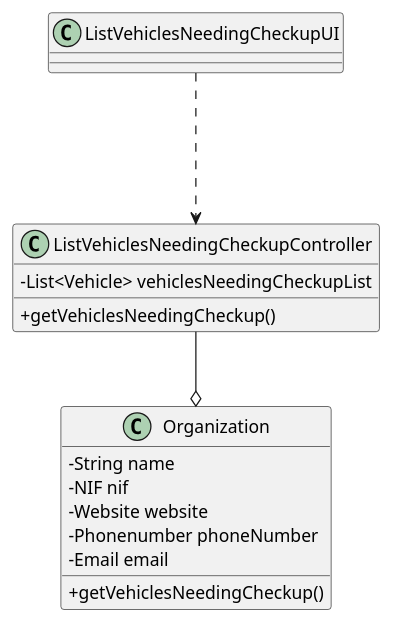
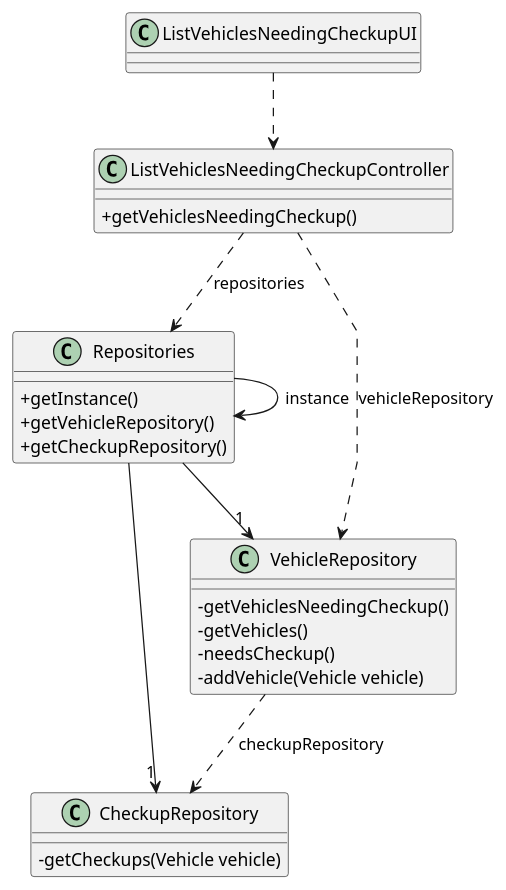
The diagram in docs/sprintB/us008/03.design/puml/us008-class-diagram.puml (Rui-San/LAPR2_2023_2024), drawn with PlantUML before and after one commit. The commit also changed 3 other files, not shown here.

Commit message:
US08: added class diagram and added svg files for SD and CD

```diff
--- a/docs/sprintB/us008/03.design/puml/us008-class-diagram.puml
+++ b/docs/sprintB/us008/03.design/puml/us008-class-diagram.puml
@@ -1,32 +1,46 @@
 @startuml
 'skinparam monochrome true
 skinparam packageStyle rectangle
 skinparam shadowing false
 skinparam linetype polyline
 'skinparam linetype orto
 
 skinparam classAttributeIconSize 0
 
 'left to right direction
-Class Organization {
-    -String name
-    -NIF nif
-    -Website website
-    -Phonenumber phoneNumber
-    -Email email
+
+Class ListVehiclesNeedingCheckupUI {
+
+}
+
+Class ListVehiclesNeedingCheckupController {
     +getVehiclesNeedingCheckup()
 }
 
-Class ListVehiclesNeedingCheckupController{
-    -List<Vehicle> vehiclesNeedingCheckupList
-    +getVehiclesNeedingCheckup()
+Class Repositories{
+    +getInstance()
+    +getVehicleRepository()
+    +getCheckupRepository()
 }
 
-Class ListVehiclesNeedingCheckupUI{
-
+Class VehicleRepository {
+    -getVehiclesNeedingCheckup()
+    -getVehicles()
+    -needsCheckup()
+    -addVehicle(Vehicle vehicle)
 }
 
-ListVehiclesNeedingCheckupUI --.> ListVehiclesNeedingCheckupController
-ListVehiclesNeedingCheckupController --o Organization
+Class CheckupRepository {
+    -getCheckups(Vehicle vehicle)
+}
+
+ListVehiclesNeedingCheckupUI ..> ListVehiclesNeedingCheckupController
+ListVehiclesNeedingCheckupController ..> Repositories : "repositories"
+ListVehiclesNeedingCheckupController ..> VehicleRepository : vehicleRepository
+VehicleRepository ..> CheckupRepository : checkupRepository
+Repositories --> "1" VehicleRepository
+Repositories --> "1" CheckupRepository
+Repositories -> Repositories : "instance"
+
 
 @enduml
```
